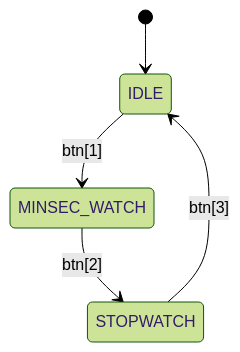
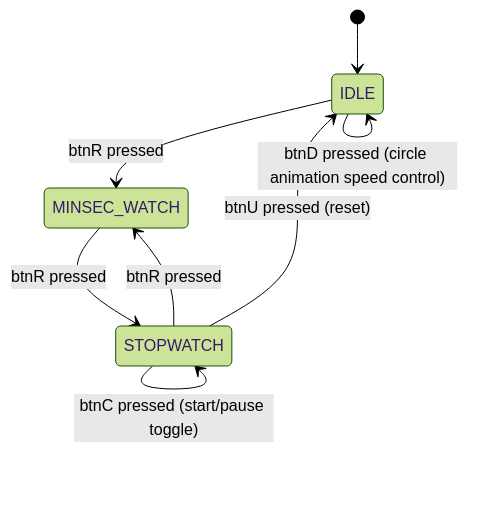
One commit to SE0NGH0/AI_Verilog_HDL changed the fifth of 5 diagrams in 15.BESPOKE/README.md. Above: the diagram before and after it, drawn with Mermaid (forest theme).

````diff
--- a/15.BESPOKE/README.md
+++ b/15.BESPOKE/README.md
@@ -126,7 +126,10 @@
 ```mermaid
 stateDiagram-v2
     [*] --> IDLE
-    IDLE --> MINSEC_WATCH: btn[1]
-    MINSEC_WATCH --> STOPWATCH: btn[2]
-    STOPWATCH --> IDLE: btn[3]
+    IDLE --> IDLE: btnD pressed (circle animation speed control)
+    IDLE --> MINSEC_WATCH: btnR pressed
+    MINSEC_WATCH --> STOPWATCH: btnR pressed
+    STOPWATCH --> MINSEC_WATCH: btnR pressed
+    STOPWATCH --> STOPWATCH: btnC pressed (start/pause toggle)
+    STOPWATCH --> IDLE: btnU pressed (reset)
 ```
````
